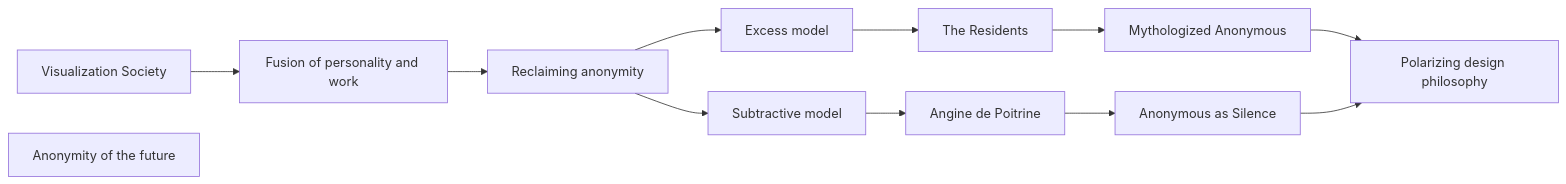
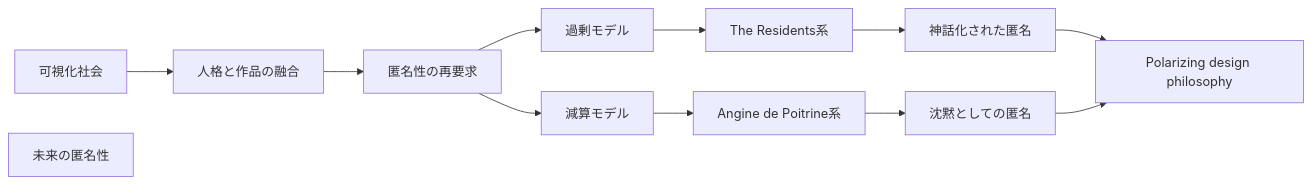
Before and after one commit to monumental-movement/monumental-movement.github.io: diagram 16 of 17 in en/_posts/2026-07-06-column-angine-de-poitrine-the-residents.md, drawn with Mermaid. The commit also changed other lines of this file and 2196 other files, not shown here.

```diff
--- a/en/_posts/2026-07-06-column-angine-de-poitrine-the-residents.md
+++ b/en/_posts/2026-07-06-column-angine-de-poitrine-the-residents.md
@@ -1643,22 +1642,22 @@
 <div class="mermaid">
 flowchart LR
 
-A["Visualization Society"]
-B["Fusion of personality and work"]
-C["Reclaiming anonymity"]
+A["可視化社会"]
+B["人格と作品の融合"]
+C["匿名性の再要求"]
 
-D["Excess model"]
-E["The Residents"]
-F["Mythologized Anonymous"]
+D["過剰モデル"]
+E["The Residents系"]
+F["神話化された匿名"]
 
-G["Subtractive model"]
-H["Angine de Poitrine"]
-I["Anonymous as Silence"]
+G["減算モデル"]
+H["Angine de Poitrine系"]
+I["沈黙としての匿名"]
 
-J["Anonymity of the future"]
+J["未来の匿名性"]
 K["Polarizing design philosophy"]
 
 A --> B --> C
 C --> D --> E --> F --> K
 C --> G --> H --> I --> K
 </div>
```
